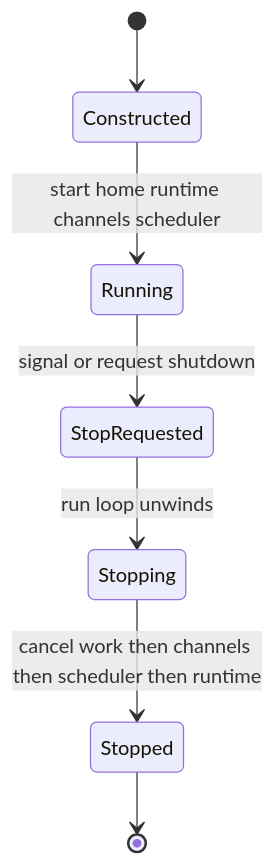
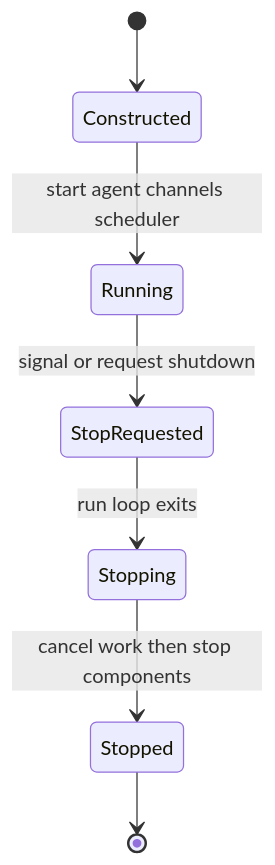
The first of 3 diagrams in openwiki/integrations/talon.md (langchain-ai/deepagents), drawn with Mermaid before and after one commit. The commit also changed other lines of this file and 28 other files, not shown here.

````diff
--- a/openwiki/integrations/talon.md
+++ b/openwiki/integrations/talon.md
@@ -51,9 +57,9 @@
 ```mermaid
 stateDiagram-v2
     [*] --> Constructed
-    Constructed --> Running: start home runtime channels scheduler
+    Constructed --> Running: start agent channels scheduler
     Running --> StopRequested: signal or request shutdown
-    StopRequested --> Stopping: run loop unwinds
-    Stopping --> Stopped: cancel work then channels then scheduler then runtime
+    StopRequested --> Stopping: run loop exits
+    Stopping --> Stopped: cancel work then stop components
     Stopped --> [*]
 ```
````
